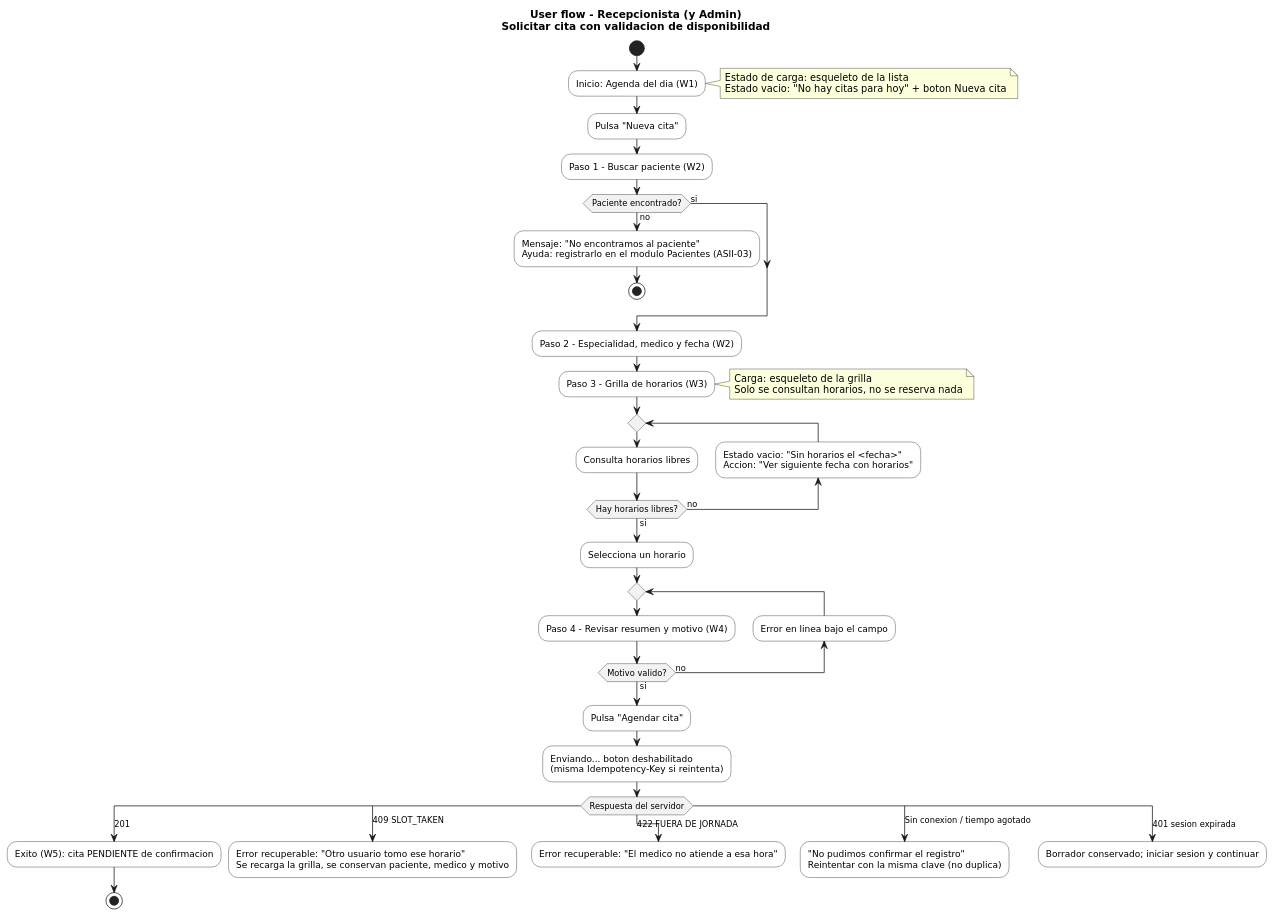
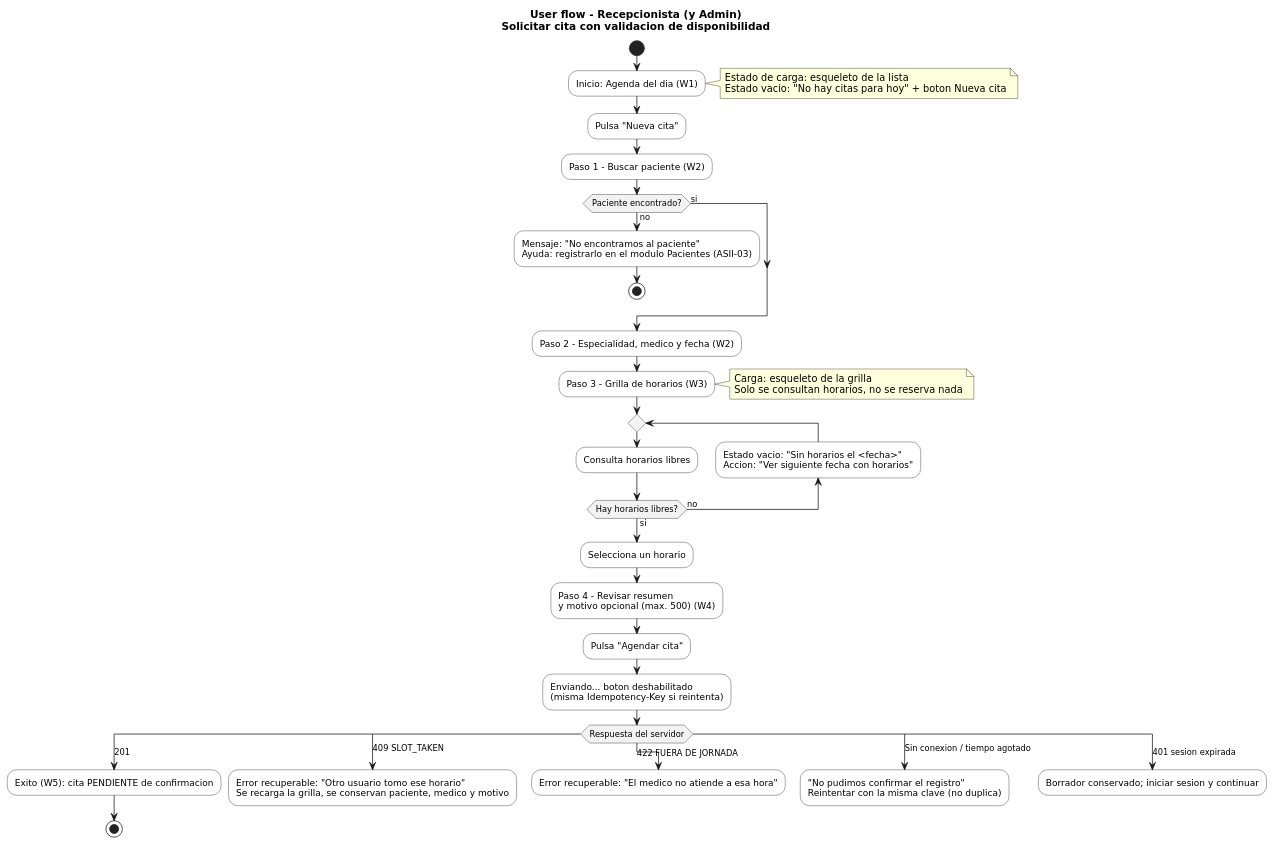
Before and after one commit to EddCastro/micro-his-citas-medicas-agenda: the diagram in docs/semana-08-ux/user-flow-recepcionista.puml, drawn with PlantUML. The commit also changed 9 other files, not shown here.

```diff
--- a/docs/semana-08-ux/user-flow-recepcionista.puml
+++ b/docs/semana-08-ux/user-flow-recepcionista.puml
@@ -1,50 +1,47 @@
 @startuml
 title User flow - Recepcionista (y Admin)\nSolicitar cita con validacion de disponibilidad
 
 skinparam shadowing false
 skinparam defaultFontName DejaVu Sans
 skinparam ActivityBackgroundColor #FFFFFF
 skinparam ActivityDiamondBackgroundColor #F2F2F2
 
 start
 :Inicio: Agenda del dia (W1);
 note right: Estado de carga: esqueleto de la lista\nEstado vacio: "No hay citas para hoy" + boton Nueva cita
 :Pulsa "Nueva cita";
 :Paso 1 - Buscar paciente (W2);
 if (Paciente encontrado?) then (si)
 else (no)
   :Mensaje: "No encontramos al paciente"\nAyuda: registrarlo en el modulo Pacientes (ASII-03);
   stop
 endif
 :Paso 2 - Especialidad, medico y fecha (W2);
 :Paso 3 - Grilla de horarios (W3);
 note right: Carga: esqueleto de la grilla\nSolo se consultan horarios, no se reserva nada
 repeat
   :Consulta horarios libres;
   backward :Estado vacio: "Sin horarios el <fecha>"\nAccion: "Ver siguiente fecha con horarios";
 repeat while (Hay horarios libres?) is (no) not (si)
 :Selecciona un horario;
-repeat
-  :Paso 4 - Revisar resumen y motivo (W4);
-  backward :Error en linea bajo el campo;
-repeat while (Motivo valido?) is (no) not (si)
+:Paso 4 - Revisar resumen\ny motivo opcional (max. 500) (W4);
 :Pulsa "Agendar cita";
 :Enviando... boton deshabilitado\n(misma Idempotency-Key si reintenta);
 switch (Respuesta del servidor)
 case (201)
   :Exito (W5): cita PENDIENTE de confirmacion;
   stop
 case (409 SLOT_TAKEN)
   :Error recuperable: "Otro usuario tomo ese horario"\nSe recarga la grilla, se conservan paciente, medico y motivo;
   detach
 case (422 FUERA DE JORNADA)
   :Error recuperable: "El medico no atiende a esa hora";
   detach
 case (Sin conexion / tiempo agotado)
   :"No pudimos confirmar el registro"\nReintentar con la misma clave (no duplica);
   detach
 case (401 sesion expirada)
   :Borrador conservado; iniciar sesion y continuar;
   detach
 endswitch
 @enduml
```
